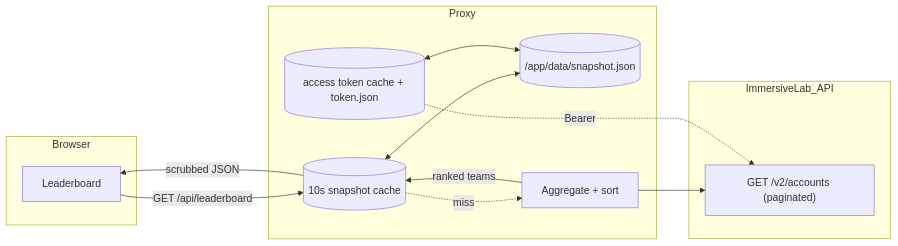
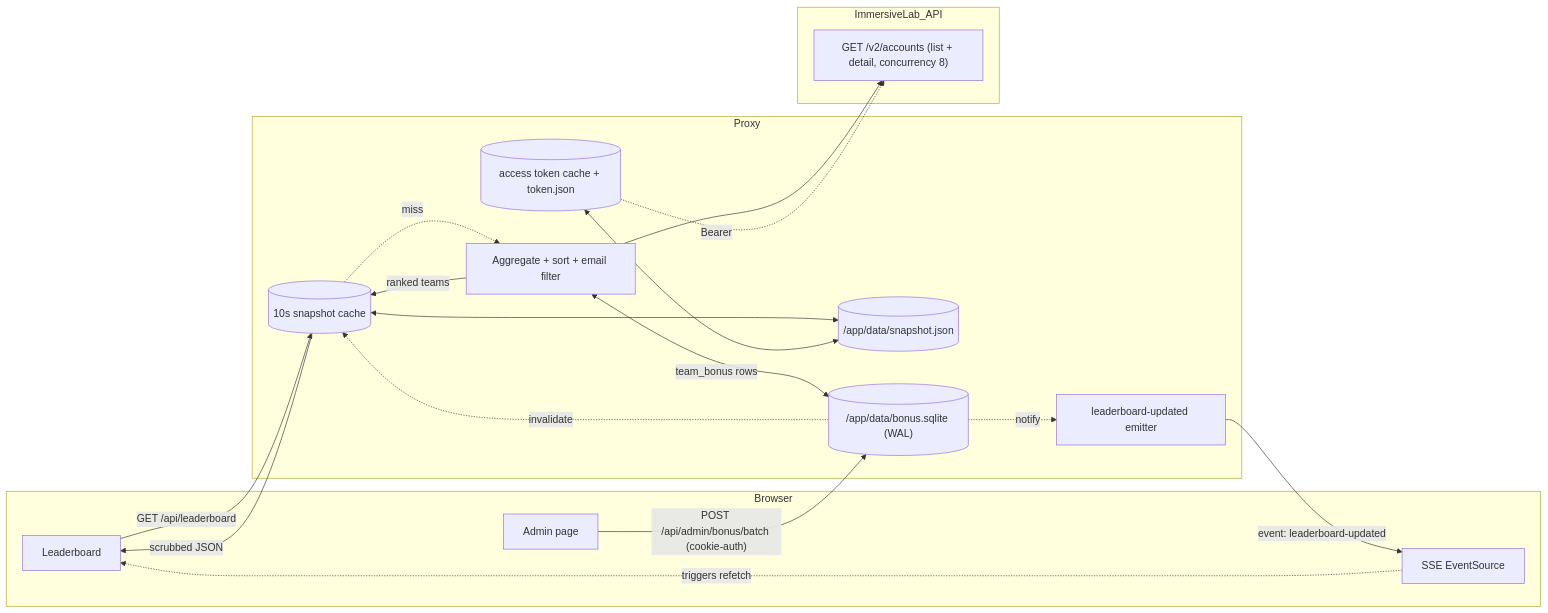
The second of 3 diagrams in docs/data-flow.md (Arylmera/TheGreenGauntlet), drawn with Mermaid before and after one commit. The commit also changed other lines of this file and 27 other files, not shown here.

First line of the commit message:
docs: sync every doc + diagram to shipped v1 behaviour

````diff
--- a/docs/data-flow.md
+++ b/docs/data-flow.md
@@ -49,24 +67,34 @@
 ```mermaid
 flowchart LR
     subgraph Browser
       UI[Leaderboard]
+      ADM[Admin page]
+      SSE_CLIENT[SSE EventSource]
     end
     subgraph Proxy
       CACHE[("10s snapshot cache")]
       DISK[("/app/data/snapshot.json")]
       TOK[("access token cache + token.json")]
-      AGG[Aggregate + sort]
+      BONUS[("/app/data/bonus.sqlite (WAL)")]
+      AGG[Aggregate + sort + email filter]
+      SSE_EMIT[leaderboard-updated emitter]
     end
     subgraph ImmersiveLab_API
-      A["GET /v2/accounts (paginated)"]
+      A["GET /v2/accounts (list + detail, concurrency 8)"]
     end
 
     UI -->|"GET /api/leaderboard"| CACHE
     CACHE -.miss.-> AGG
     AGG --> A
     TOK -.->|"Bearer"| A
+    AGG <-->|"team_bonus rows"| BONUS
     AGG -->|"ranked teams"| CACHE
     CACHE <--> DISK
     TOK <--> DISK
     CACHE -->|"scrubbed JSON"| UI
+    ADM -->|"POST /api/admin/bonus/batch (cookie-auth)"| BONUS
+    BONUS -.invalidate.-> CACHE
+    BONUS -.notify.-> SSE_EMIT
+    SSE_EMIT -->|"event: leaderboard-updated"| SSE_CLIENT
+    SSE_CLIENT -.triggers refetch.-> UI
 ```
````
